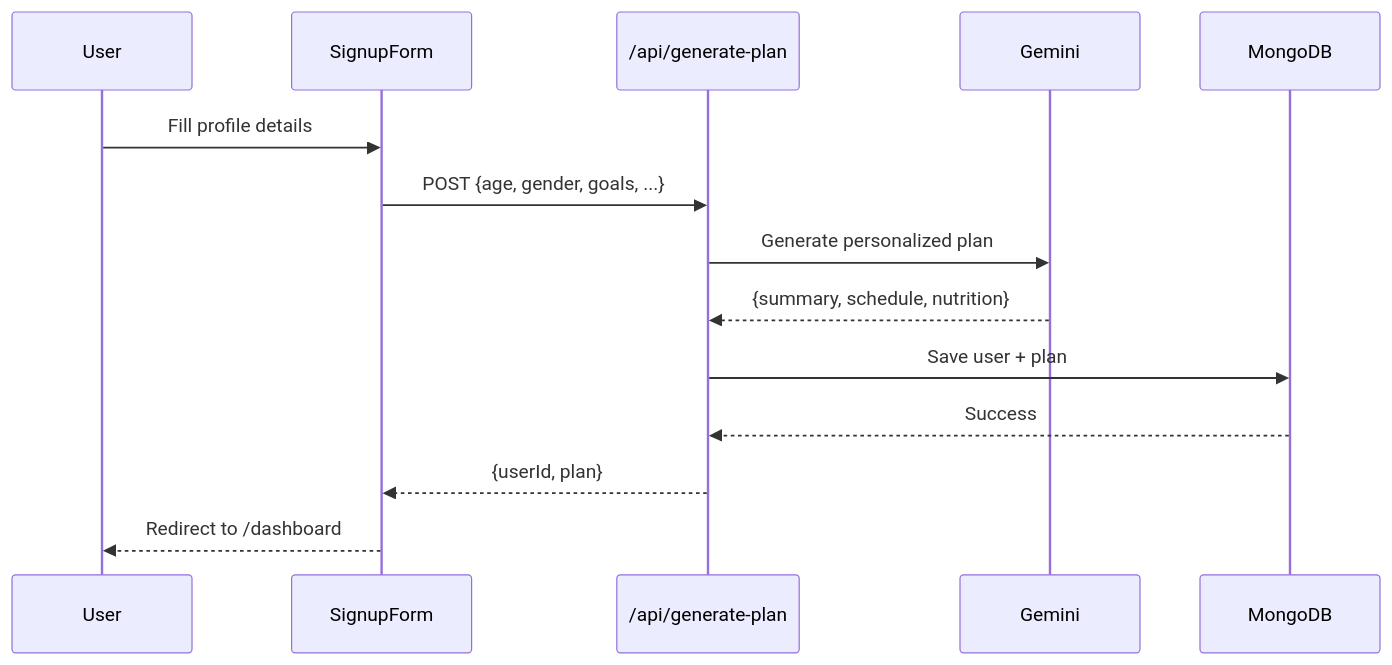
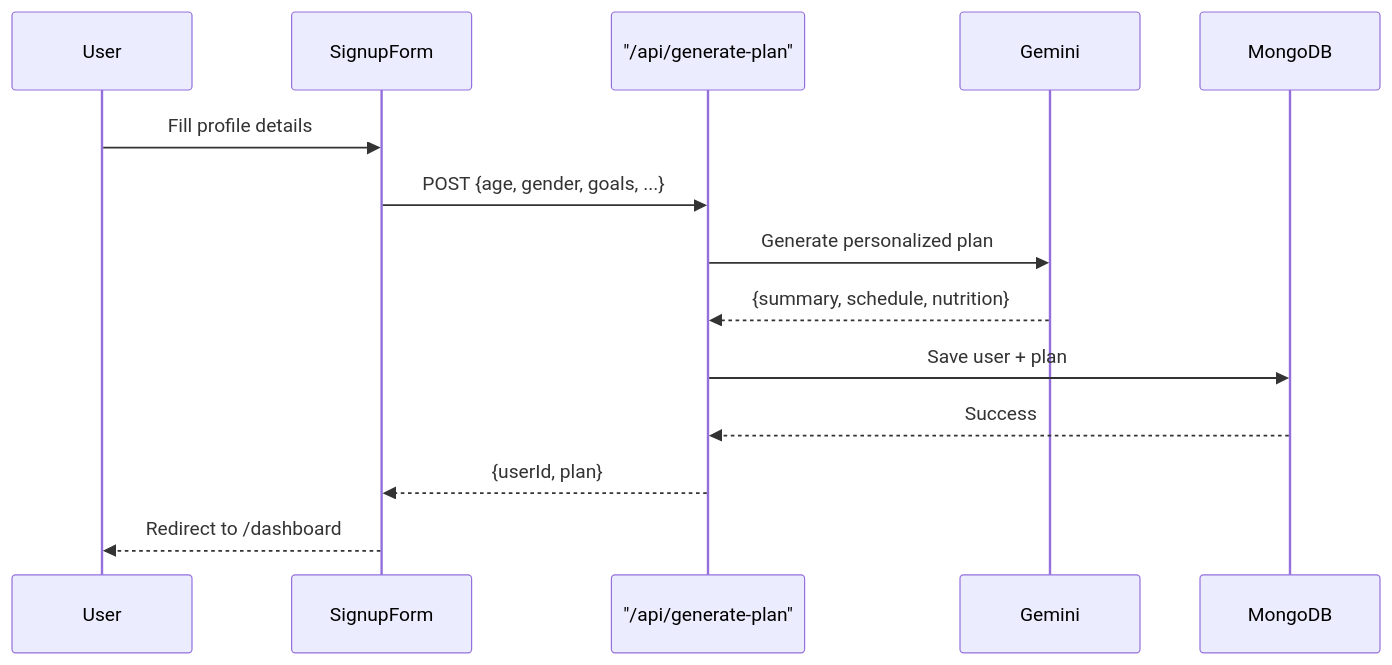
Before and after one commit to NEhIL06/zenfit: the fourth of 6 diagrams in README.md, drawn with Mermaid. The commit also changed other lines of this file, not shown here.

Commit message:
docs: Improve API route naming and quoting in architectural and sequence diagrams.

````diff
--- a/README.md
+++ b/README.md
@@ -778,17 +778,17 @@
 ```mermaid
 sequenceDiagram
     participant User
     participant SignupForm
-    participant API as /api/generate-plan
+    participant API as "/api/generate-plan"
     participant Gemini
     participant MongoDB
 
     User->>SignupForm: Fill profile details
     SignupForm->>API: POST {age, gender, goals, ...}
     API->>Gemini: Generate personalized plan
     Gemini-->>API: {summary, schedule, nutrition}
     API->>MongoDB: Save user + plan
     MongoDB-->>API: Success
     API-->>SignupForm: {userId, plan}
     SignupForm-->>User: Redirect to /dashboard
 ```
````
